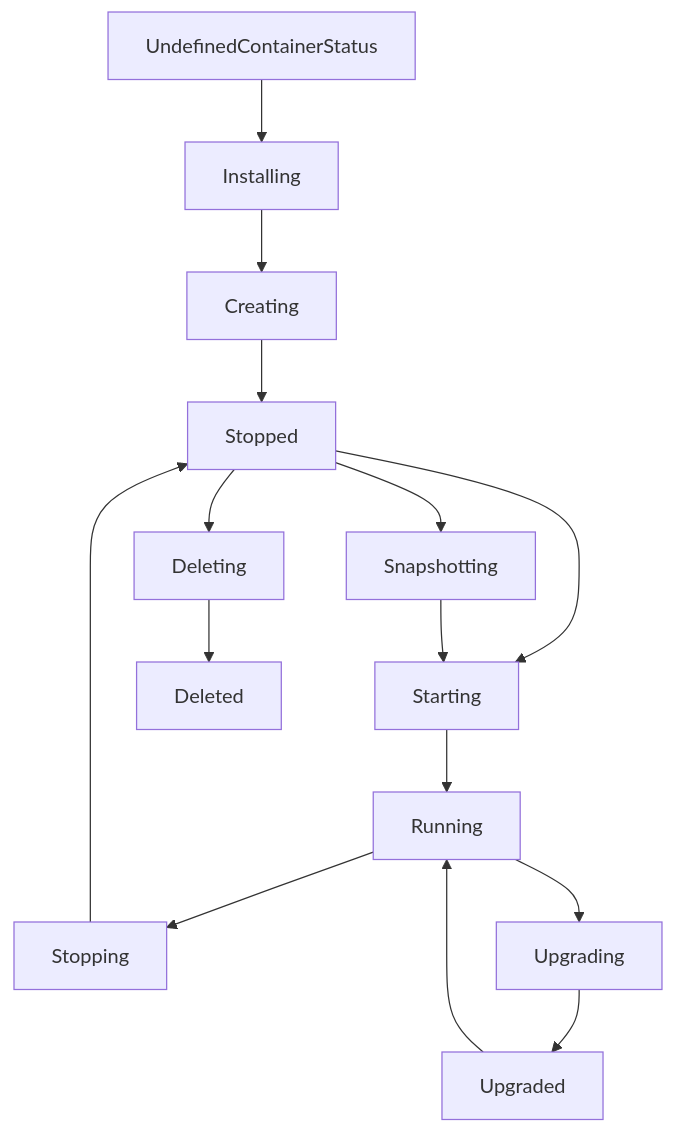
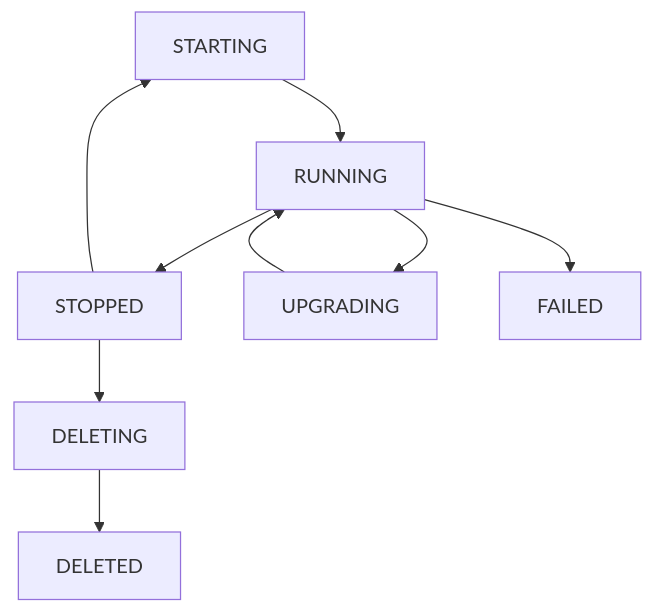
Before and after one commit to nodexeus/protobufs: the diagram in README.md, drawn with Mermaid. The commit also changed other lines of this file, not shown here.

````diff
--- a/README.md
+++ b/README.md
@@ -88,10 +48,9 @@
 ```mermaid
 graph TD;
-    UndefinedContainerStatus --> Installing --> Creating;
-    Creating --> Stopped;
-    Stopped --> Starting --> Running;
-    Running --> Stopping --> Stopped;
-    Running --> Upgrading --> Upgraded --> Running;
-    Stopped --> Deleting --> Deleted;
-    Stopped --> Snapshotting --> Starting;
+    STARTING --> RUNNING;
+    RUNNING --> STOPPED;
+    STOPPED --> STARTING;
+    RUNNING --> UPGRADING --> RUNNING;
+    RUNNING --> FAILED;
+    STOPPED --> DELETING --> DELETED;
 ```
````
